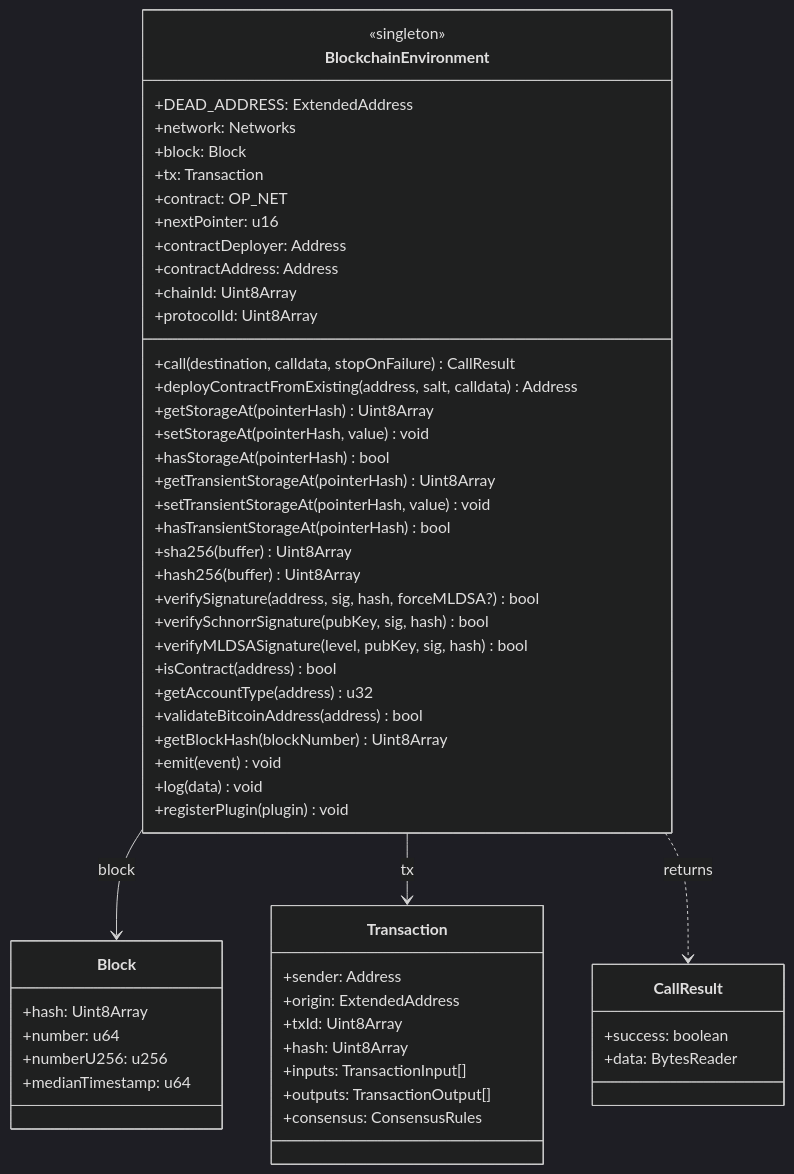
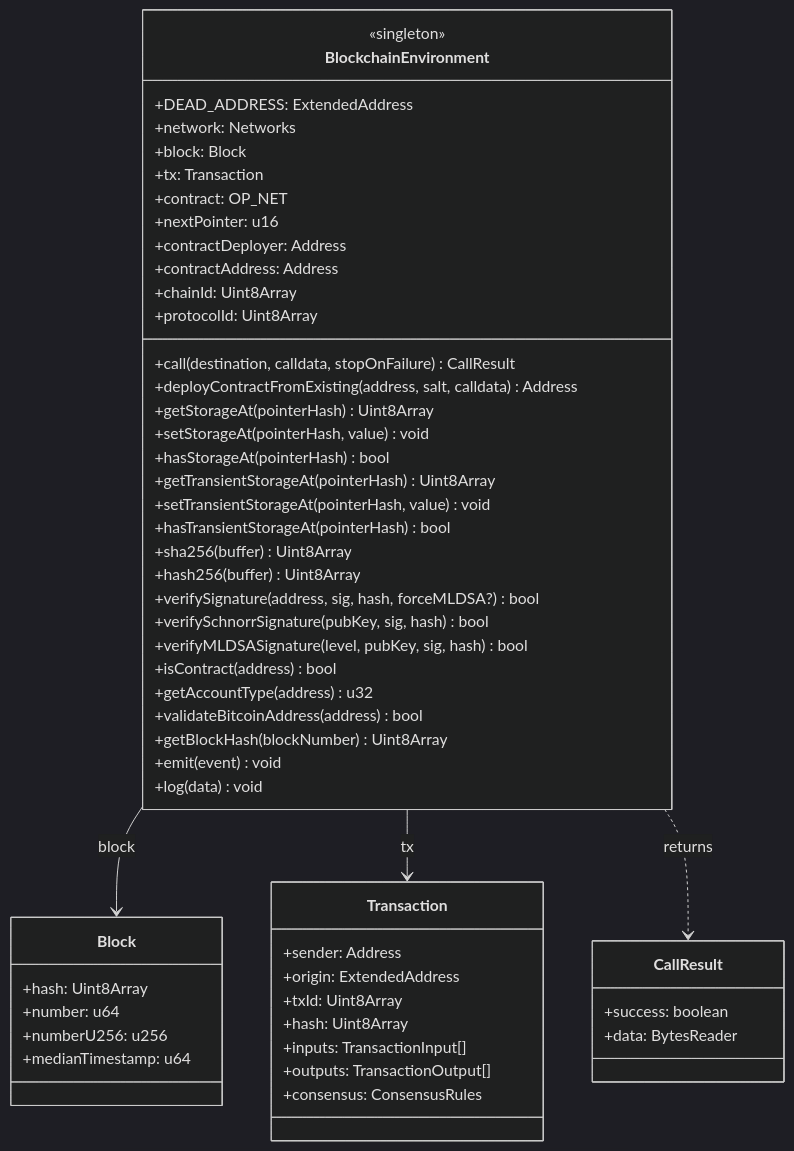
One commit to btc-vision/btc-runtime changed the seventh of 7 diagrams in docs/core-concepts/blockchain-environment.md. Above: the diagram before and after it, drawn with Mermaid. The commit also changed other lines of this file and 20 other files, not shown here.

````diff
--- a/docs/core-concepts/blockchain-environment.md
+++ b/docs/core-concepts/blockchain-environment.md
@@ -553,66 +553,65 @@
 ```mermaid
 ---
 config:
   theme: dark
 ---
 classDiagram
     class BlockchainEnvironment {
         <<singleton>>
         +DEAD_ADDRESS: ExtendedAddress
         +network: Networks
         +block: Block
         +tx: Transaction
         +contract: OP_NET
         +nextPointer: u16
         +contractDeployer: Address
         +contractAddress: Address
         +chainId: Uint8Array
         +protocolId: Uint8Array
         +call(destination, calldata, stopOnFailure) CallResult
         +deployContractFromExisting(address, salt, calldata) Address
         +getStorageAt(pointerHash) Uint8Array
         +setStorageAt(pointerHash, value) void
         +hasStorageAt(pointerHash) bool
         +getTransientStorageAt(pointerHash) Uint8Array
         +setTransientStorageAt(pointerHash, value) void
         +hasTransientStorageAt(pointerHash) bool
         +sha256(buffer) Uint8Array
         +hash256(buffer) Uint8Array
         +verifySignature(address, sig, hash, forceMLDSA?) bool
         +verifySchnorrSignature(pubKey, sig, hash) bool
         +verifyMLDSASignature(level, pubKey, sig, hash) bool
         +isContract(address) bool
         +getAccountType(address) u32
         +validateBitcoinAddress(address) bool
         +getBlockHash(blockNumber) Uint8Array
         +emit(event) void
         +log(data) void
-        +registerPlugin(plugin) void
     }
 
     class Block {
         +hash: Uint8Array
         +number: u64
         +numberU256: u256
         +medianTimestamp: u64
     }
 
     class Transaction {
         +sender: Address
         +origin: ExtendedAddress
         +txId: Uint8Array
         +hash: Uint8Array
         +inputs: TransactionInput[]
         +outputs: TransactionOutput[]
         +consensus: ConsensusRules
     }
 
     class CallResult {
         +success: boolean
         +data: BytesReader
     }
 
     BlockchainEnvironment --> Block: block
     BlockchainEnvironment --> Transaction: tx
     BlockchainEnvironment ..> CallResult: returns
 ```
````
